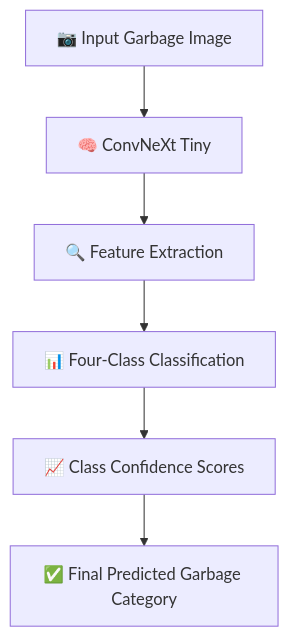
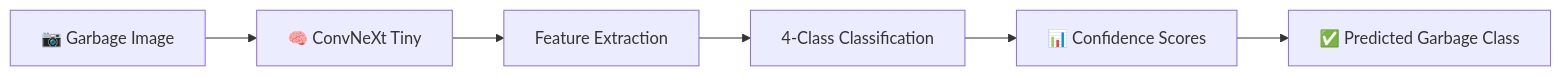
One commit to RellikSai/Smart_Waste_Segregation_DP changed the second of 2 diagrams in Model Training Codes/README.md. Above: the diagram before and after it, drawn with Mermaid. The commit also changed other lines of this file, not shown here.

Commit message:
Revise workflow diagrams in README.md
Updated workflow diagrams to improve clarity and formatting.

````diff
--- a/Model Training Codes/README.md
+++ b/Model Training Codes/README.md
@@ -91,8 +91,8 @@
 ```mermaid
-flowchart TD
-    A["📷 Input Garbage Image"] --> B["🧠 ConvNeXt Tiny"]
-    B --> C["🔍 Feature Extraction"]
-    C --> D["📊 Four-Class Classification"]
-    D --> E["📈 Class Confidence Scores"]
-    E --> F["✅ Final Predicted Garbage Category"]
+flowchart LR
+    A["📷 Garbage Image"] --> B["🧠 ConvNeXt Tiny"]
+    B --> C["Feature Extraction"]
+    C --> D["4-Class Classification"]
+    D --> E["📊 Confidence Scores"]
+    E --> F["✅ Predicted Garbage Class"]
 ```
````
